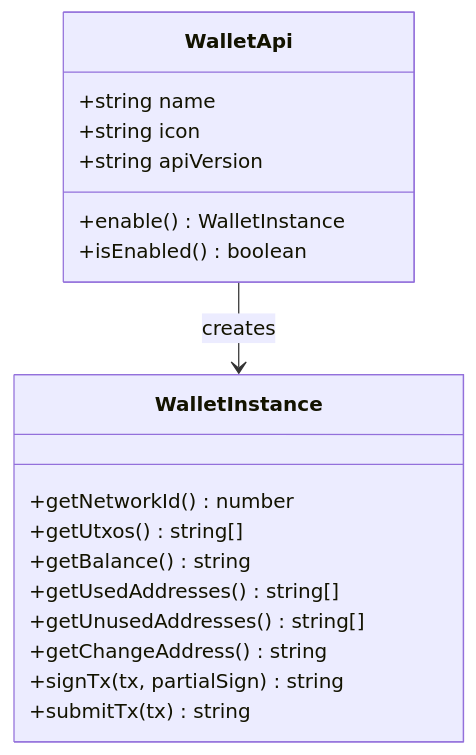
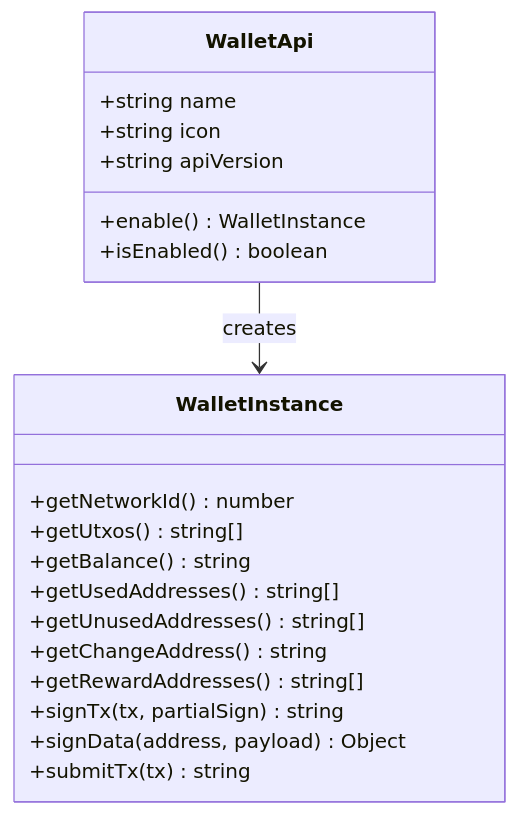
Before and after one commit to HyeonHo-Park/cardano-basic-dapp-1: the diagram in docs/api-reference.md, drawn with Mermaid. The commit also changed other lines of this file and 30 other files, not shown here.

````diff
--- a/docs/api-reference.md
+++ b/docs/api-reference.md
@@ -66,23 +66,25 @@
 ```mermaid
 classDiagram
     class WalletApi {
         +string name
         +string icon
         +string apiVersion
         +enable() WalletInstance
         +isEnabled() boolean
     }
 
     class WalletInstance {
         +getNetworkId() number
         +getUtxos() string[]
         +getBalance() string
         +getUsedAddresses() string[]
         +getUnusedAddresses() string[]
         +getChangeAddress() string
+        +getRewardAddresses() string[]
         +signTx(tx, partialSign) string
+        +signData(address, payload) Object
         +submitTx(tx) string
     }
 
     WalletApi --> WalletInstance : creates
 ```
````
